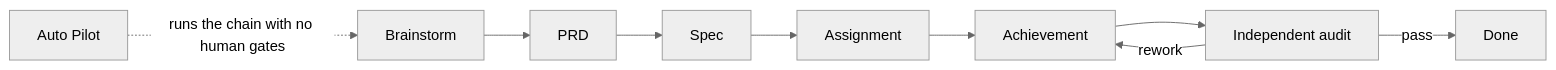
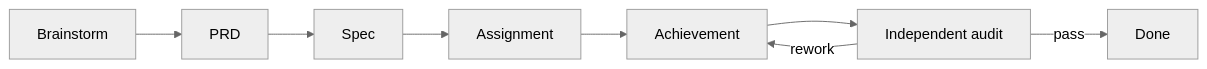
One commit to pillardash-oss/codeinoven changed the diagram in README.md. Above: the diagram before and after it, drawn with Mermaid (neutral theme). The commit also changed other lines of this file and 49 other files, not shown here.

````diff
--- a/README.md
+++ b/README.md
@@ -56,8 +54,7 @@
 ```mermaid
 flowchart LR
   B["Brainstorm"] --> P["PRD"] --> S["Spec"] --> A["Assignment"] --> C["Achievement"]
   C --> R["Independent audit"]
   R -->|"rework"| C
   R -->|"pass"| D["Done"]
-  AP["Auto Pilot"] -.->|"runs the chain with no human gates"| B
 ```
````
